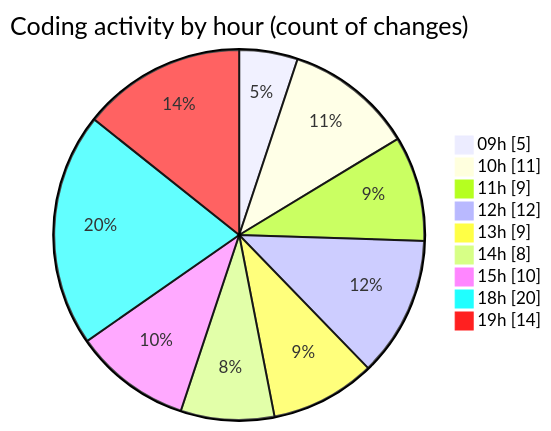
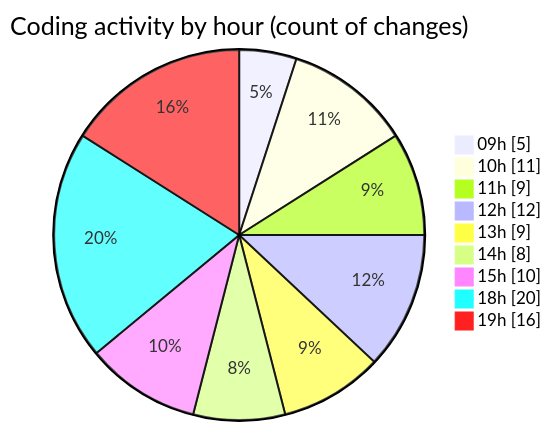
The second of 2 diagrams in 2025-03-11/cda/README.md (momahboobian/code-tracking), drawn with Mermaid before and after one commit. The commit also changed other lines of this file and 1 other file, not shown here.

````diff
--- a/2025-03-11/cda/README.md
+++ b/2025-03-11/cda/README.md
@@ -49,13 +49,13 @@
 ```mermaid
 pie showData
 title Coding activity by hour (count of changes)
 "09h" : 5
 "10h" : 11
 "11h" : 9
 "12h" : 12
 "13h" : 9
 "14h" : 8
 "15h" : 10
 "18h" : 20
-"19h" : 14
+"19h" : 16
 ```
````
